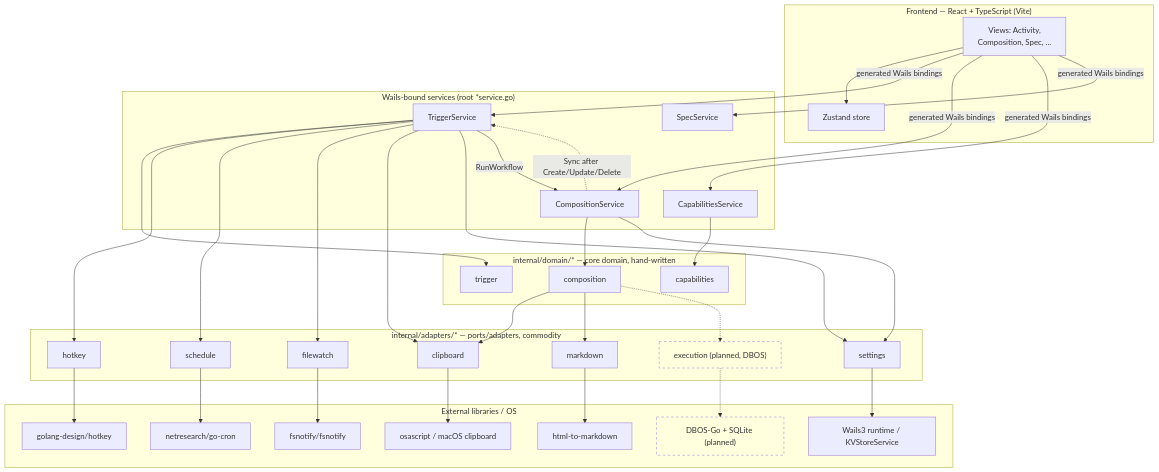
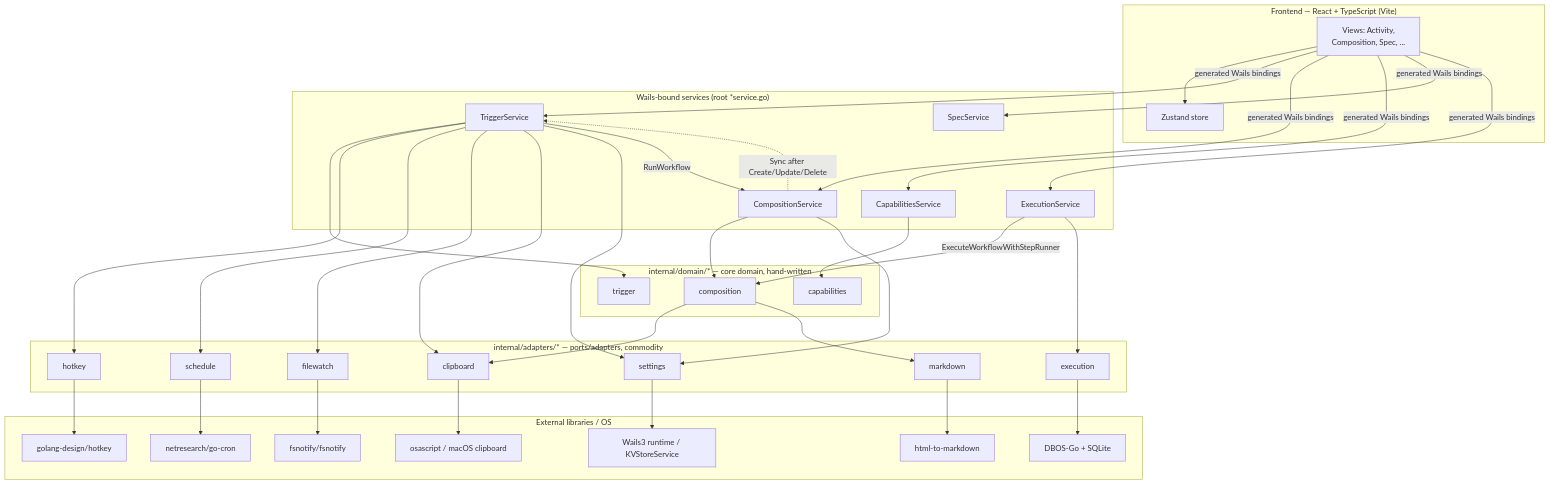
Before and after one commit to alicoding/mill: the second of 2 diagrams in docs/SPEC.md, drawn with Mermaid. The commit also changed other lines of this file and 11 other files, not shown here.

````diff
--- a/docs/SPEC.md
+++ b/docs/SPEC.md
@@ -403,69 +403,69 @@
 ```mermaid
 graph TB
     subgraph Frontend["Frontend — React + TypeScript (Vite)"]
         Views["Views: Activity,<br/>Composition, Spec, ..."]
         Store["Zustand store"]
     end
     subgraph Bindings["Wails-bound services (root *service.go)"]
         TrigSvc["TriggerService"]
         CompSvc["CompositionService"]
         CapSvc["CapabilitiesService"]
         SpecSvc["SpecService"]
+        ExecSvc["ExecutionService"]
     end
     subgraph Domain["internal/domain/* — core domain, hand-written"]
         TrigDom["trigger"]
         CompDom["composition"]
         CapDom["capabilities"]
     end
     subgraph Adapters["internal/adapters/* — ports/adapters, commodity"]
         Clipboard["clipboard"]
         Markdown["markdown"]
         Hotkey["hotkey"]
         Schedule["schedule"]
         Filewatch["filewatch"]
         Settings["settings"]
-        ExecAdapter["execution (planned, DBOS)"]
+        ExecAdapter["execution"]
     end
     subgraph External["External libraries / OS"]
         OSA["osascript / macOS clipboard"]
         GDH["golang-design/hotkey"]
         NRC["netresearch/go-cron"]
         FSN["fsnotify/fsnotify"]
         H2M["html-to-markdown"]
         WailsRT["Wails3 runtime / KVStoreService"]
-        DBOSExt["DBOS-Go + SQLite (planned)"]
+        DBOSExt["DBOS-Go + SQLite"]
     end
 
     Views --> Store
     Views -->|generated Wails bindings| TrigSvc
     Views -->|generated Wails bindings| CompSvc
     Views -->|generated Wails bindings| CapSvc
     Views -->|generated Wails bindings| SpecSvc
+    Views -->|generated Wails bindings| ExecSvc
 
     TrigSvc --> TrigDom
     TrigSvc --> Hotkey
     TrigSvc --> Schedule
     TrigSvc --> Filewatch
     TrigSvc --> Clipboard
     TrigSvc --> Settings
     TrigSvc -->|RunWorkflow| CompSvc
     CompSvc --> CompDom
     CompSvc --> Settings
     CompSvc -.->|Sync after Create/Update/Delete| TrigSvc
     CapSvc --> CapDom
+    ExecSvc -->|ExecuteWorkflowWithStepRunner| CompDom
+    ExecSvc --> ExecAdapter
 
     CompDom --> Clipboard
     CompDom --> Markdown
-    CompDom -.-> ExecAdapter
 
     Clipboard --> OSA
     Markdown --> H2M
     Hotkey --> GDH
     Schedule --> NRC
     Filewatch --> FSN
     Settings --> WailsRT
-    ExecAdapter -.-> DBOSExt
-
-    classDef planned stroke-dasharray: 5 5,fill:transparent
-    class ExecAdapter,DBOSExt planned
+    ExecAdapter --> DBOSExt
 ```
````
